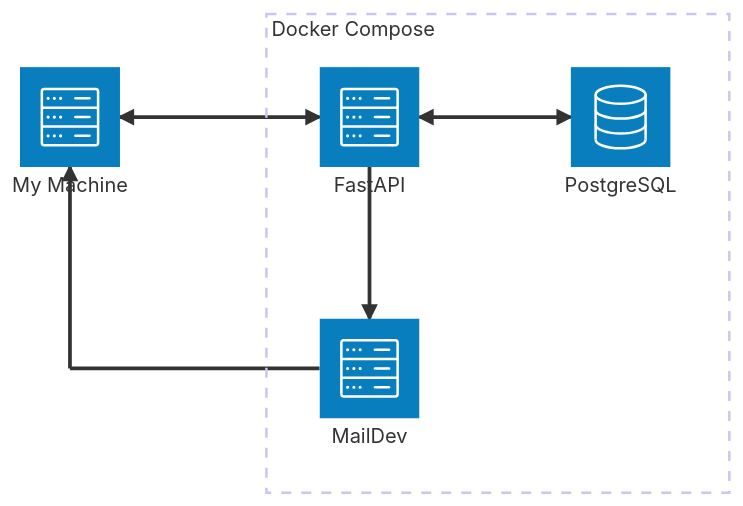
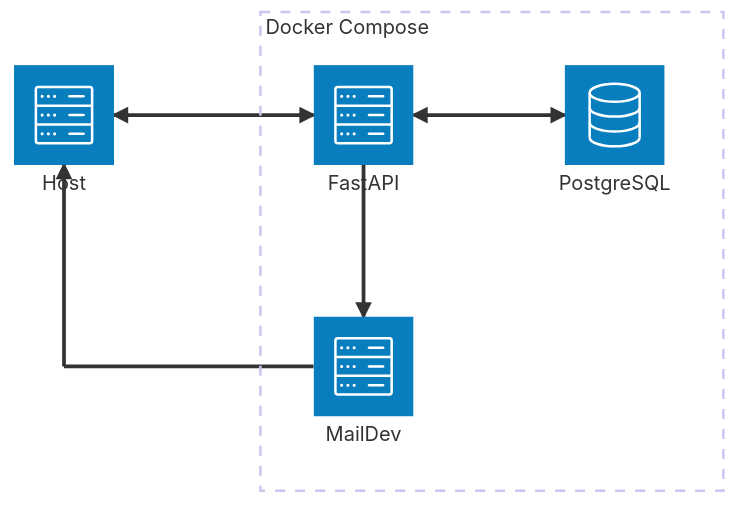
One commit to nicolas-goasguen/fastapi-user-registration changed the first of 2 diagrams in README.md. Above: the diagram before and after it, drawn with Mermaid. The commit also changed other lines of this file, not shown here.

Commit message:
Add possible improvements and api code architecture description to README.md

````diff
--- a/README.md
+++ b/README.md
@@ -18,17 +20,17 @@
 ```mermaid
 architecture-beta
-    service localhost(server)[My Machine]
+    service localhost(server)[Host]
   
     group docker_compose[Docker Compose]
     service api(server)[FastAPI] in docker_compose
     service db(database)[PostgreSQL] in docker_compose
     service email(server)[MailDev] in docker_compose
     junction junction_host_email
 
     api:R <--> L:db
     api:B --> T:email
     
     localhost:R <--> L:api
     localhost:B <-- T:junction_host_email
     junction_host_email:R -- L:email
 ```
````
